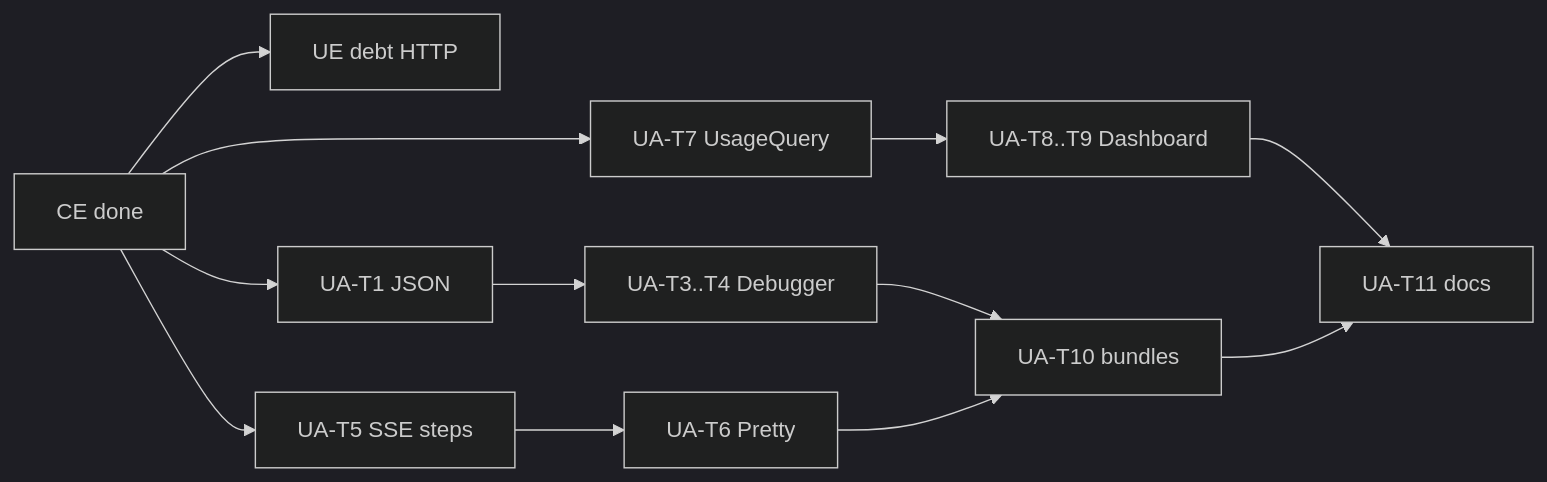
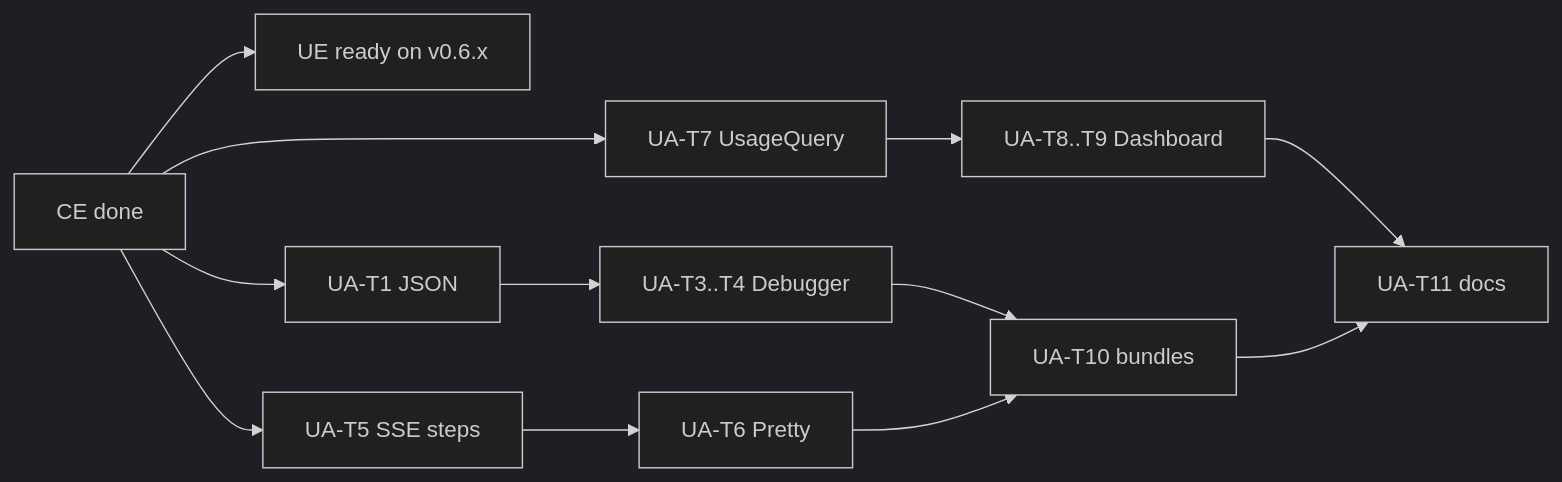
Before and after one commit to digitalelvis/neuronai-studio: the diagram in .specs/features/m5-analytics-billing/tasks.md, drawn with Mermaid (dark theme). The commit also changed other lines of this file and 7 other files, not shown here.

````diff
--- a/.specs/features/m5-analytics-billing/tasks.md
+++ b/.specs/features/m5-analytics-billing/tasks.md
@@ -20,14 +20,14 @@
 ```mermaid
 flowchart LR
-    CE[CE done] --> UE[UE debt HTTP]
+    CE[CE done] --> UE[UE ready on v0.6.x]
     CE --> UA_api[UA-T1 JSON]
     CE --> UA_sse[UA-T5 SSE steps]
     CE --> UA_q[UA-T7 UsageQuery]
     UA_api --> UA_dbg[UA-T3..T4 Debugger]
     UA_sse --> UA_pretty[UA-T6 Pretty]
     UA_q --> UA_dash[UA-T8..T9 Dashboard]
     UA_dbg --> UA_build[UA-T10 bundles]
     UA_pretty --> UA_build
     UA_dash --> UA_docs[UA-T11 docs]
     UA_build --> UA_docs
 ```
````
